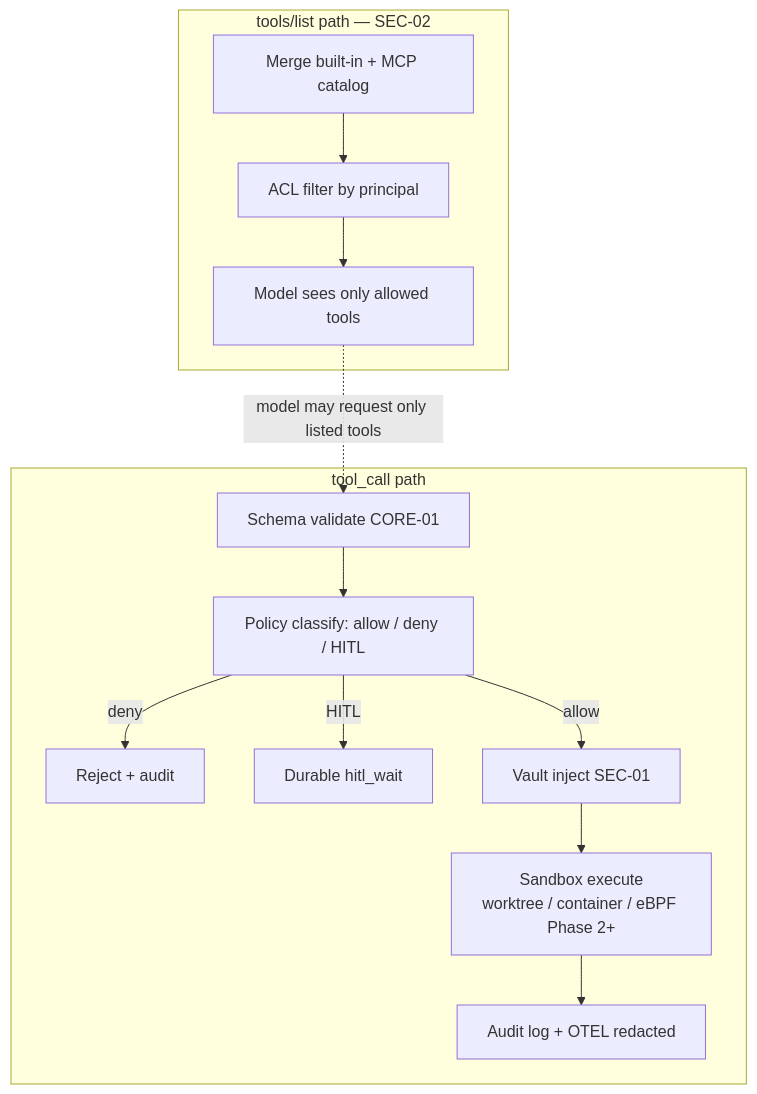
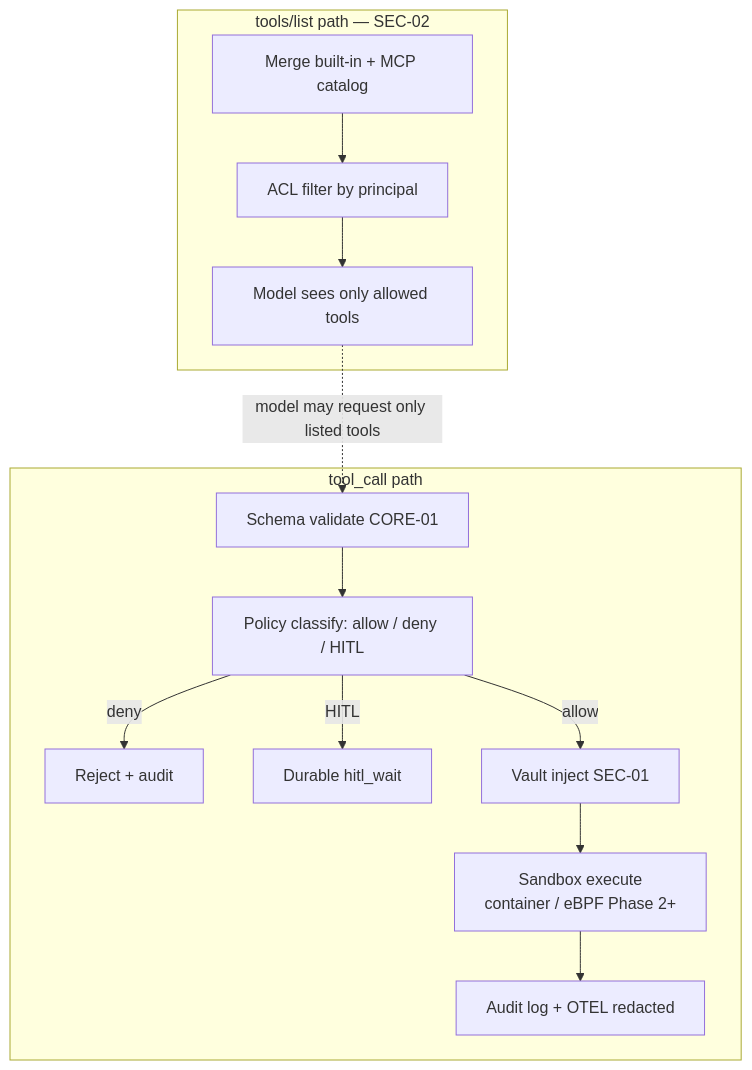
One commit to NorviaLabs/forge changed diagram 13 of 14 in docs/architecture.md. Above: the diagram before and after it, drawn with Mermaid. The commit also changed other lines of this file and 18 other files, not shown here.

````diff
--- a/docs/architecture.md
+++ b/docs/architecture.md
@@ -700,18 +698,18 @@
 ```mermaid
 flowchart TD
   subgraph list_path["tools/list path — SEC-02"]
     L1[Merge built-in + MCP catalog] --> L2[ACL filter by principal]
     L2 --> L3[Model sees only allowed tools]
   end
 
   subgraph call_path["tool_call path"]
     C1[Schema validate CORE-01] --> C2[Policy classify: allow / deny / HITL]
     C2 -->|deny| C2D[Reject + audit]
     C2 -->|HITL| C2H[Durable hitl_wait]
     C2 -->|allow| C3[Vault inject SEC-01]
-    C3 --> C4[Sandbox execute<br/>worktree / container / eBPF Phase 2+]
+    C3 --> C4[Sandbox execute<br/>container / eBPF Phase 2+]
     C4 --> C5[Audit log + OTEL redacted]
   end
 
   L3 -.->|model may request only listed tools| C1
 ```
````
